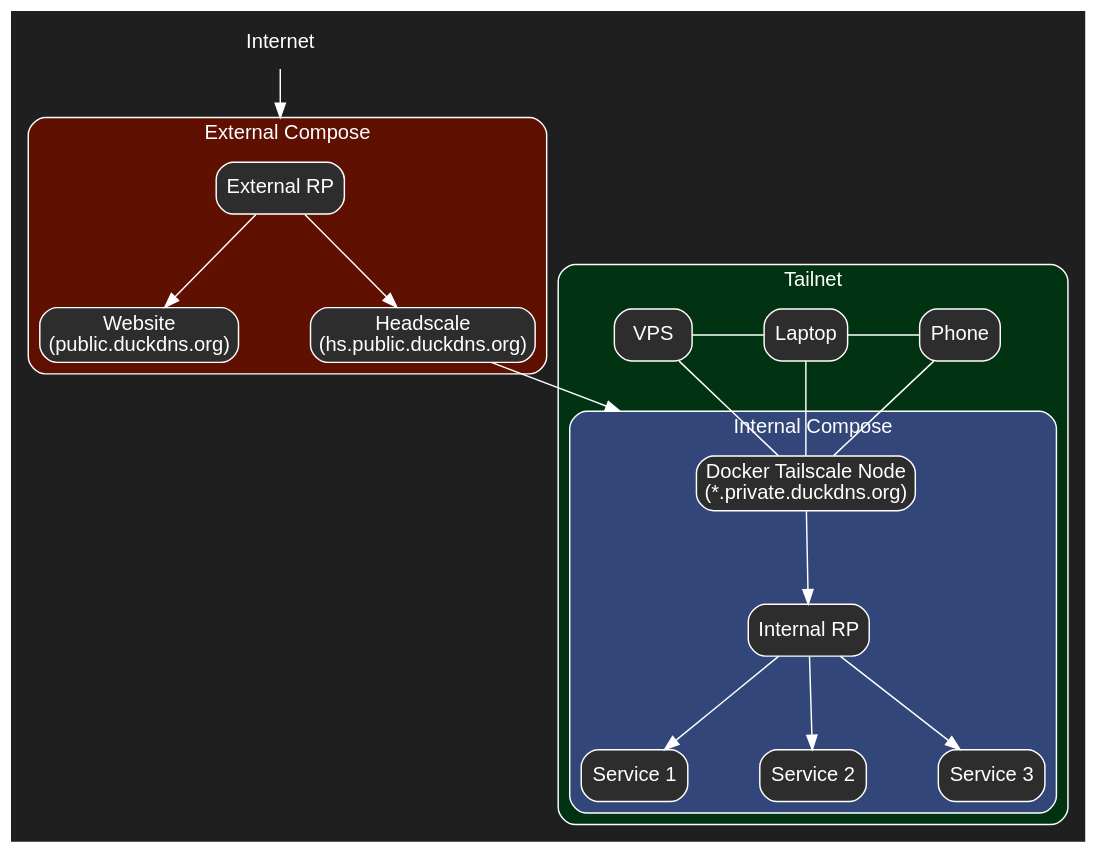
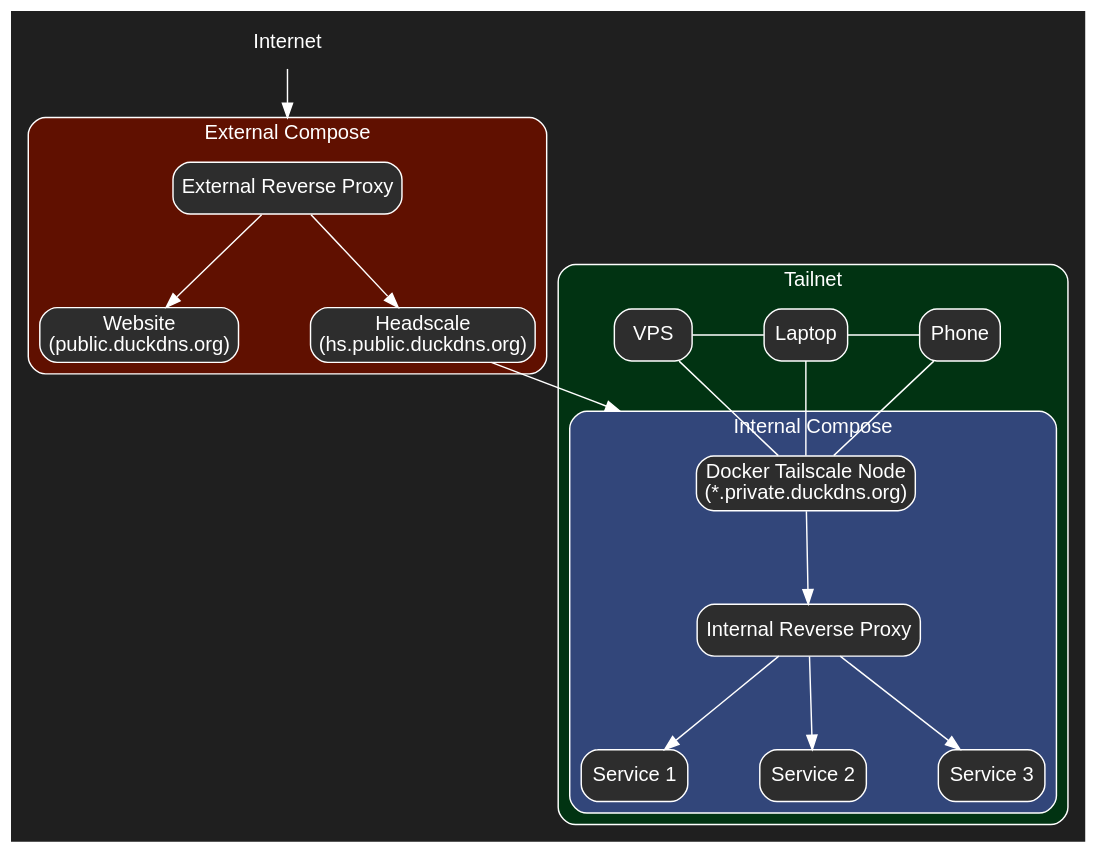
One commit to nshan651/porto changed the diagram in porto.org. Above: the diagram before and after it, drawn with Graphviz. The commit also changed other lines of this file and 4 other files, not shown here.

```diff
--- a/porto.org
+++ b/porto.org
@@ -8,75 +11,75 @@
 #+begin_src dot :tangle docs/arch.dot :mkdirp yes :file ./docs/arch.svg :cmdline -Kdot -Tsvg :results silent
   digraph G {
       fontname="Helvetica,Arial,sans-serif";
       node [fontname="Helvetica,Arial,sans-serif", shape=rect, style="rounded,filled", fillcolor="#2d2d2d", fontcolor=white, color=white];
       edge [fontname="Helvetica,Arial,sans-serif", color=white, fontcolor=white];
       bgcolor="#1f1f1f";
       rankdir=TB;
       nodesep=0.7;
       ranksep=0.9;
       compound=true; // Allows edges to connect to clusters
       splines=polyline;
 
       internet [label="Internet", shape=none, fillcolor=none];
 
       subgraph cluster_external {
         bgcolor="#601000";
         label="External Compose";
         fontcolor=white;
         color=white;
         style=rounded;
 
-        public_rp [label="External RP"];
+        public_rp [label="External Reverse Proxy"];
         website [label="Website\n(public.duckdns.org)"];
         headscale [label="Headscale\n(hs.public.duckdns.org)"];
 
         // Connections
         public_rp -> website;
         public_rp -> headscale;
       }
 
       internet -> public_rp [lhead=cluster_external];
 
       // Cluster_Tailnet Cluster
       subgraph cluster_tailnet {
         bgcolor="#013312";
         label="Tailnet";
         fontcolor=white;
         color=white;
         style=rounded;
 
         // Tailnet nodes.
         phone [label="Phone"];
         laptop [label="Laptop"];
         vps [label="VPS"];
 
         phone -> laptop [dir=none, constraint=false];
         laptop -> vps [dir=none, constraint=false];
 
         // Connect mesh to tailscale_node
         { phone; laptop; vps } -> docker_ts_node [dir=none];
 
         // Cluster_Tailnet Cluster
         subgraph cluster_internal {
             bgcolor="#32467a";
             label="Internal Compose";
             fontcolor=white;
             color=white;
             style=rounded;
 
             docker_ts_node [label="Docker Tailscale Node\n(*.private.duckdns.org)"];
-            private_rp [label="Internal RP"];
+            private_rp [label="Internal Reverse Proxy"];
 
             service1 [label="Service 1"];
             service2 [label="Service 2"];
             service3 [label="Service 3"];
 
             docker_ts_node -> private_rp;
             private_rp -> {service1; service2; service3};
         }
       }
 
       // Connect Headscale to the Cluster_Tailnet
       headscale -> docker_ts_node [lhead=cluster_internal];
     }
 #+end_src
```
